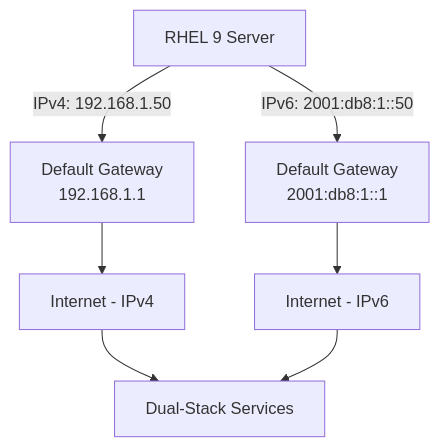
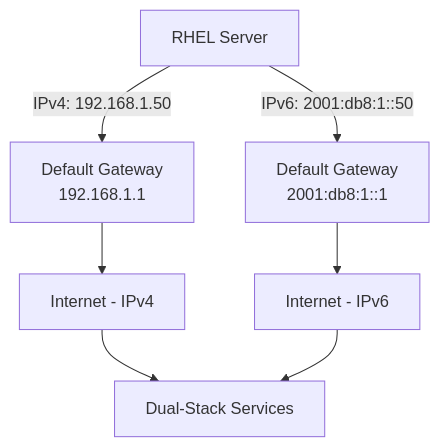
The diagram in posts/2026-03-04-dual-stack-ipv4-ipv6-networking-rhel-9/README.md (OneUptime/blog), drawn with Mermaid before and after one commit. The commit also changed other lines of this file and 4866 other files, not shown here.

````diff
--- a/posts/2026-03-04-dual-stack-ipv4-ipv6-networking-rhel-9/README.md
+++ b/posts/2026-03-04-dual-stack-ipv4-ipv6-networking-rhel-9/README.md
@@ -149,9 +149,9 @@
 ```mermaid
 graph TD
-    A[RHEL 9 Server] -->|IPv4: 192.168.1.50| B[Default Gateway<br>192.168.1.1]
+    A[RHEL Server] -->|IPv4: 192.168.1.50| B[Default Gateway<br>192.168.1.1]
     A -->|IPv6: 2001:db8:1::50| C[Default Gateway<br>2001:db8:1::1]
     B --> D[Internet - IPv4]
     C --> E[Internet - IPv6]
     D --> F[Dual-Stack Services]
     E --> F
 ```
````
